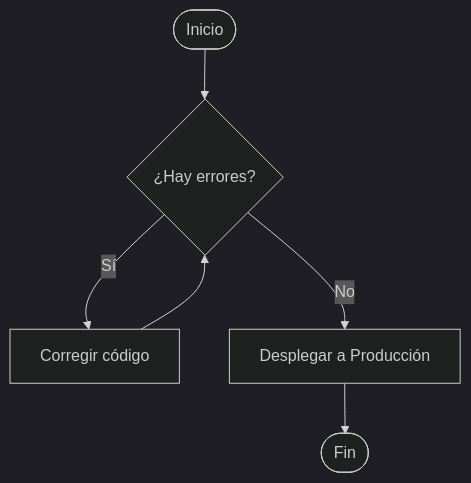
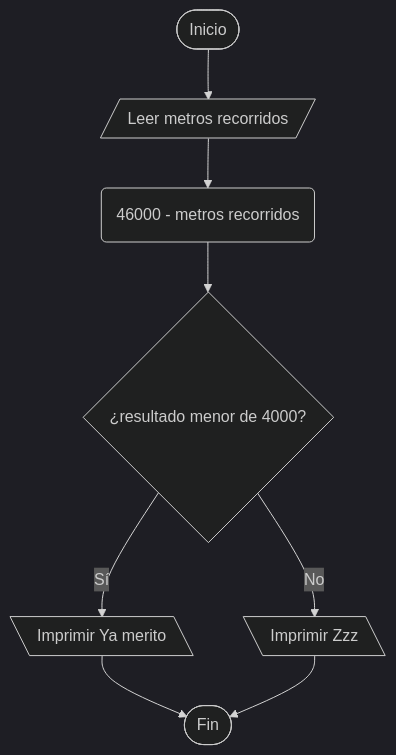
Before and after one commit to jordansosa1/CPC_UAEH: the diagram in 2026/Campamento_Primavera_2026/Concurso_de_cierre/d_camion.md, drawn with Mermaid (dark theme).

````diff
--- a/2026/Campamento_Primavera_2026/Concurso_de_cierre/d_camion.md
+++ b/2026/Campamento_Primavera_2026/Concurso_de_cierre/d_camion.md
@@ -63,8 +63,10 @@
 ```mermaid
 graph TD;
-    A([Inicio]) --> B{¿Hay errores?};
-    B -- Sí --> C[Corregir código];
-    C --> B;
-    B -- No --> D[Desplegar a Producción];
-    D --> E([Fin]);
+    A([Inicio]) --> B[/Leer metros recorridos/];
+    B --> C(46000 - metros recorridos)
+    C --> D{¿resultado menor de 4000?}
+    D -- Sí --> E[\Imprimir Ya merito\]
+    D -- No --> F[\Imprimir Zzz\]
+    E --> G([Fin]);
+    F --> G([Fin]);
 ```
````
